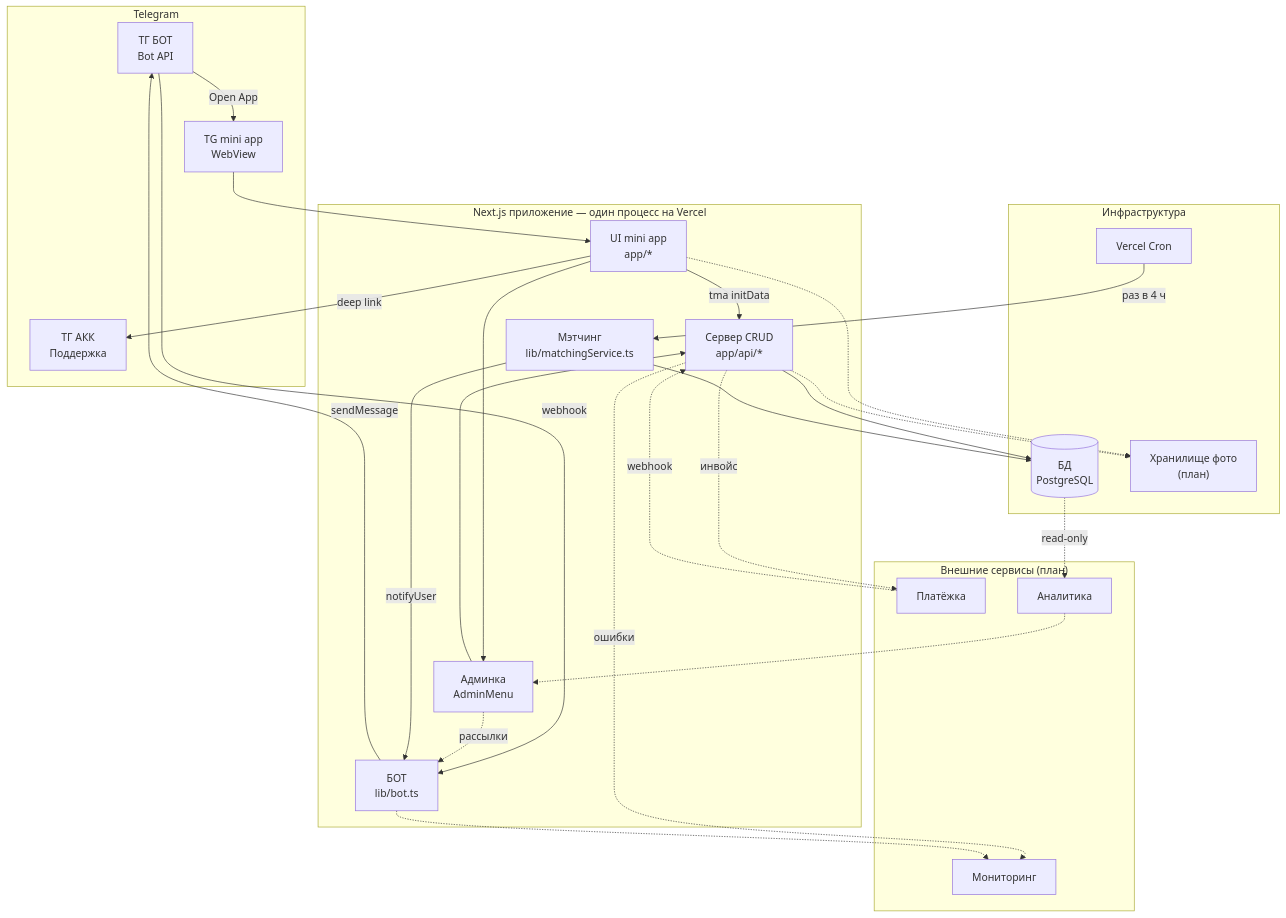
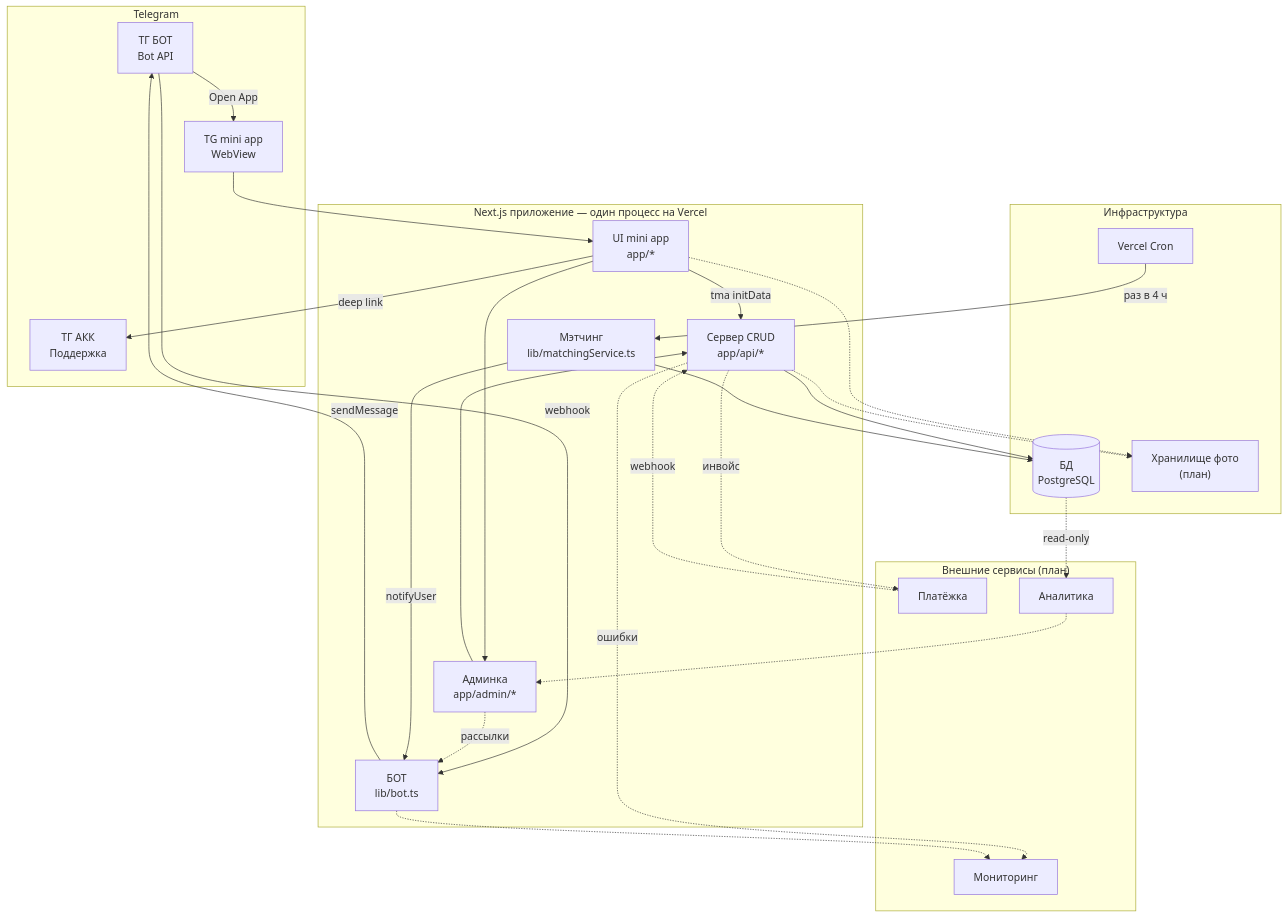
The first of 2 diagrams in docs/ARCHITECTURE.md (rustho/tm-cards), drawn with Mermaid before and after one commit. The commit also changed other lines of this file and 59 other files, not shown here.

````diff
--- a/docs/ARCHITECTURE.md
+++ b/docs/ARCHITECTURE.md
@@ -16,54 +16,54 @@
 ```mermaid
 flowchart TB
     subgraph TG["Telegram"]
         TGBOT["ТГ БОТ<br/>Bot API"]
         TGMA["TG mini app<br/>WebView"]
         SUPPORT["ТГ АКК<br/>Поддержка"]
     end
 
     subgraph NEXT["Next.js приложение — один процесс на Vercel"]
         UI["UI mini app<br/>app/*"]
-        ADMIN["Админка<br/>AdminMenu"]
+        ADMIN["Админка<br/>app/admin/*"]
         CRUD["Сервер CRUD<br/>app/api/*"]
         BOT["БОТ<br/>lib/bot.ts"]
         MATCH["Мэтчинг<br/>lib/matchingService.ts"]
     end
 
     subgraph INFRA["Инфраструктура"]
         CRON["Vercel Cron"]
         DB[("БД<br/>PostgreSQL")]
         STORAGE["Хранилище фото<br/>(план)"]
     end
 
     subgraph EXT["Внешние сервисы (план)"]
         PAY["Платёжка"]
         ANALYTICS["Аналитика"]
         MON["Мониторинг"]
     end
 
     TGBOT -- "Open App" --> TGMA
     TGMA --> UI
     UI -- "deep link" --> SUPPORT
     UI -- "tma initData" --> CRUD
     UI --> ADMIN
     ADMIN --> CRUD
 
     TGBOT -- "webhook" --> BOT
     BOT -- "sendMessage" --> TGBOT
     ADMIN -. "рассылки" .-> BOT
 
     CRUD --> DB
     CRON -- "раз в 4 ч" --> MATCH
     MATCH --> DB
     MATCH -- "notifyUser" --> BOT
 
     UI -.-> STORAGE
     CRUD -.-> STORAGE
 
     CRUD -. "инвойс" .-> PAY
     PAY -. "webhook" .-> CRUD
     DB -. "read-only" .-> ANALYTICS
     ANALYTICS -.-> ADMIN
     CRUD -. "ошибки" .-> MON
     BOT -.-> MON
 ```
````
